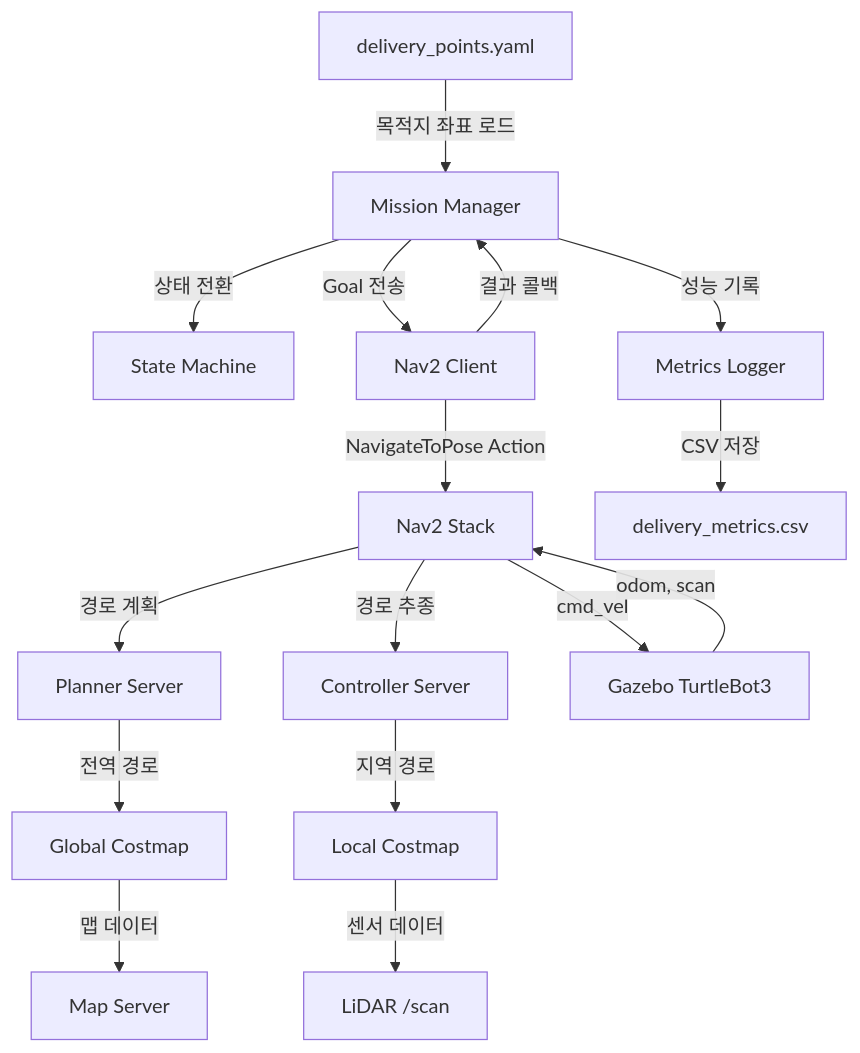
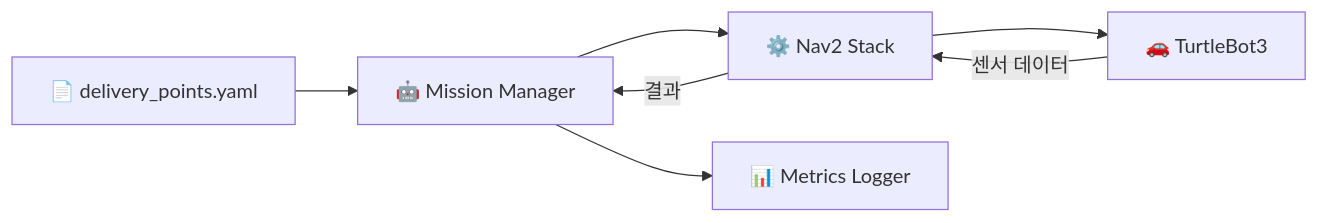
Before and after one commit to dongukl/delivery_robot: the first of 2 diagrams in README.md, drawn with Mermaid. The commit also changed other lines of this file, not shown here.

Commit message:
다이어그램 변경

````diff
--- a/README.md
+++ b/README.md
@@ -22,18 +22,9 @@
 ```mermaid
-graph TD
-    A[delivery_points.yaml] -->|목적지 좌표 로드| B[Mission Manager]
-    B -->|상태 전환| C[State Machine]
-    B -->|Goal 전송| D[Nav2 Client]
-    D -->|NavigateToPose Action| E[Nav2 Stack]
-    E -->|경로 계획| F[Planner Server]
-    E -->|경로 추종| G[Controller Server]
-    F -->|전역 경로| H[Global Costmap]
-    G -->|지역 경로| I[Local Costmap]
-    H -->|맵 데이터| J[Map Server]
-    I -->|센서 데이터| K[LiDAR /scan]
-    E -->|cmd_vel| L[Gazebo TurtleBot3]
-    L -->|odom, scan| E
-    D -->|결과 콜백| B
-    B -->|성능 기록| M[Metrics Logger]
-    M -->|CSV 저장| N[delivery_metrics.csv]
+graph LR
+    A[📄 delivery_points.yaml] --> B[🤖 Mission Manager]
+    B --> C[⚙️ Nav2 Stack]
+    C --> D[🚗 TurtleBot3]
+    D -->|센서 데이터| C
+    C -->|결과| B
+    B --> E[📊 Metrics Logger]
 ```
````
